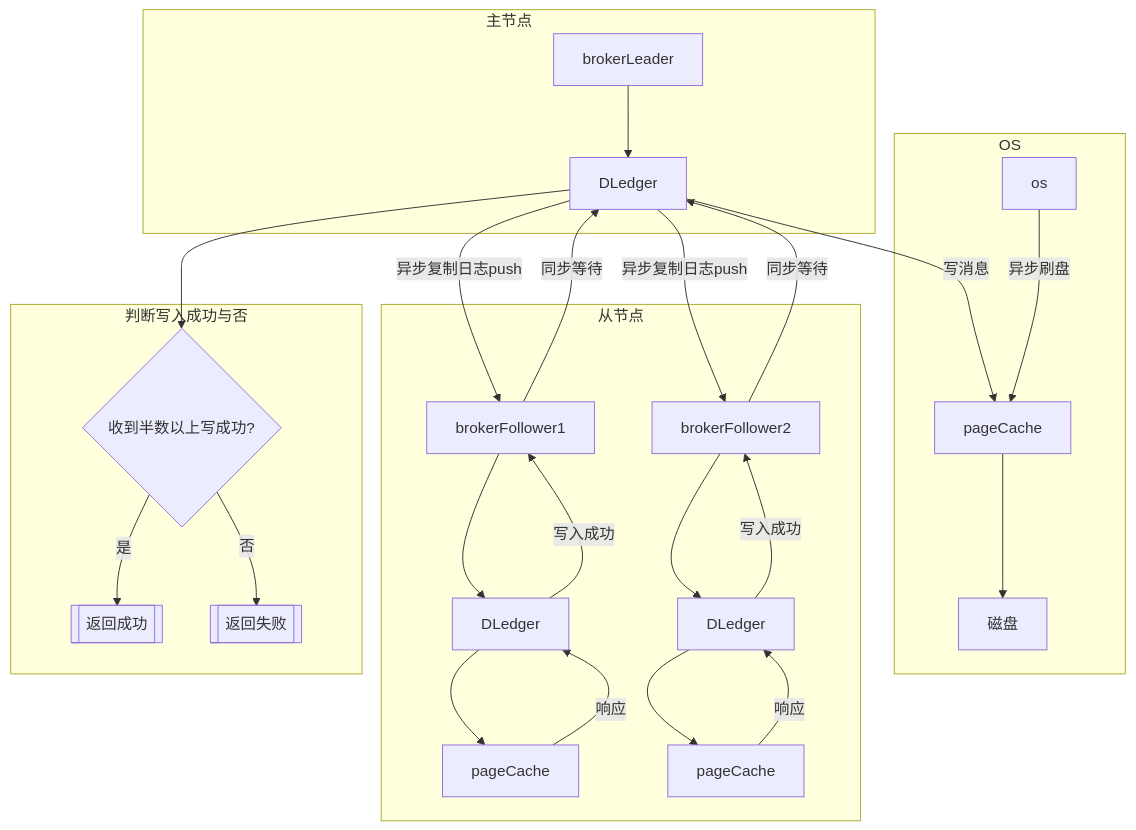
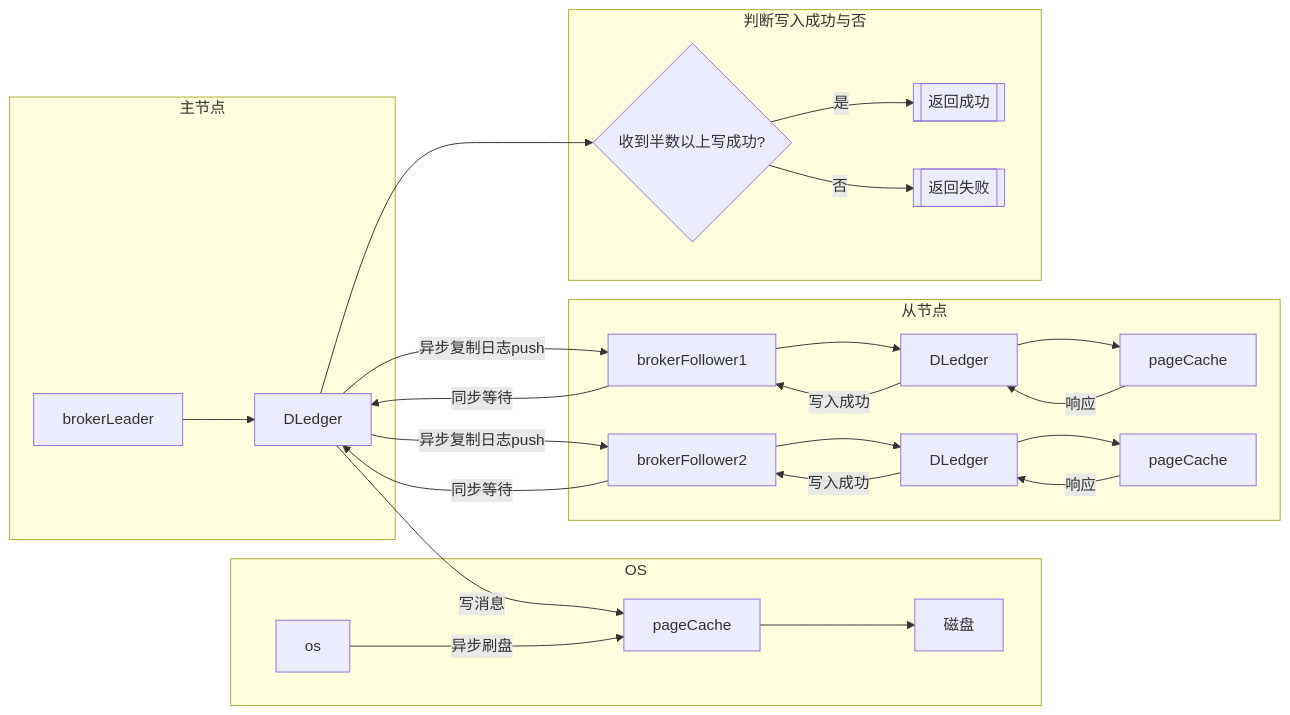
Before and after one commit to xiaomingxian/help-doc: the diagram in rocketmq理解/T_20220419_broker数据写入.md, drawn with Mermaid.

````diff
--- a/rocketmq理解/T_20220419_broker数据写入.md
+++ b/rocketmq理解/T_20220419_broker数据写入.md
@@ -3,29 +3,29 @@
 ```mermaid
-graph TD;
+graph LR;
 pc[pageCache]
 os
 dl[DLedger]
 bf1[brokerFollower1]
 bf2[brokerFollower2]
 bL[brokerLeader]
 dl--写消息-->pc
 subgraph OS
 os--异步刷盘-->pc-->cp[磁盘]
 end
 
 subgraph 主节点
 bL --> dl
 end
 subgraph 从节点
 dl--异步复制日志push-->bf1-->dL1[DLedger]-->pc1[pageCache]--响应-->dL1--写入成功-->bf1
 bf1--同步等待-->dl
 dl--异步复制日志push-->bf2-->dL2[DLedger]-->pc2[pageCache]--响应-->dL2--写入成功-->bf2
 bf2--同步等待-->dl
 end
 
 subgraph 判断写入成功与否
 dl-->su{收到半数以上写成功?}
 su--是-->y[[返回成功]]
 su--否-->n[[返回失败]]
 end
 ```
````
